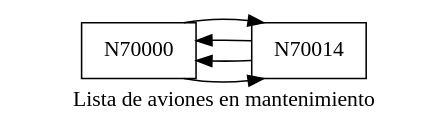
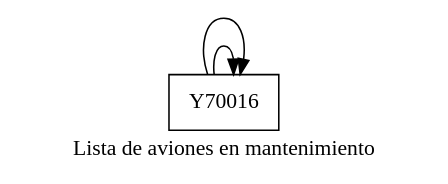
One commit to MarvinCastellanos/201700490_EDD_Proyecto changed the diagram in dot/avionesMantenimiento.dot. Above: the diagram before and after it, drawn with Graphviz. The commit also changed 17 other files, not shown here.

```diff
--- a/dot/avionesMantenimiento.dot
+++ b/dot/avionesMantenimiento.dot
@@ -1,11 +1,8 @@
 digraph G {
   rankdir=LR;
   label="Lista de aviones en mantenimiento";
   node [shape=record];
-  node0 [label=" N70000 "];
-  node1 [label=" N70014 "];
-  node0 -> node1;
-  node1 -> node0;
-  node1 -> node0;
-  node0 -> node1;
+  node0 [label=" Y70016 "];
+  node0 -> node0;
+  node0 -> node0;
 }
```
